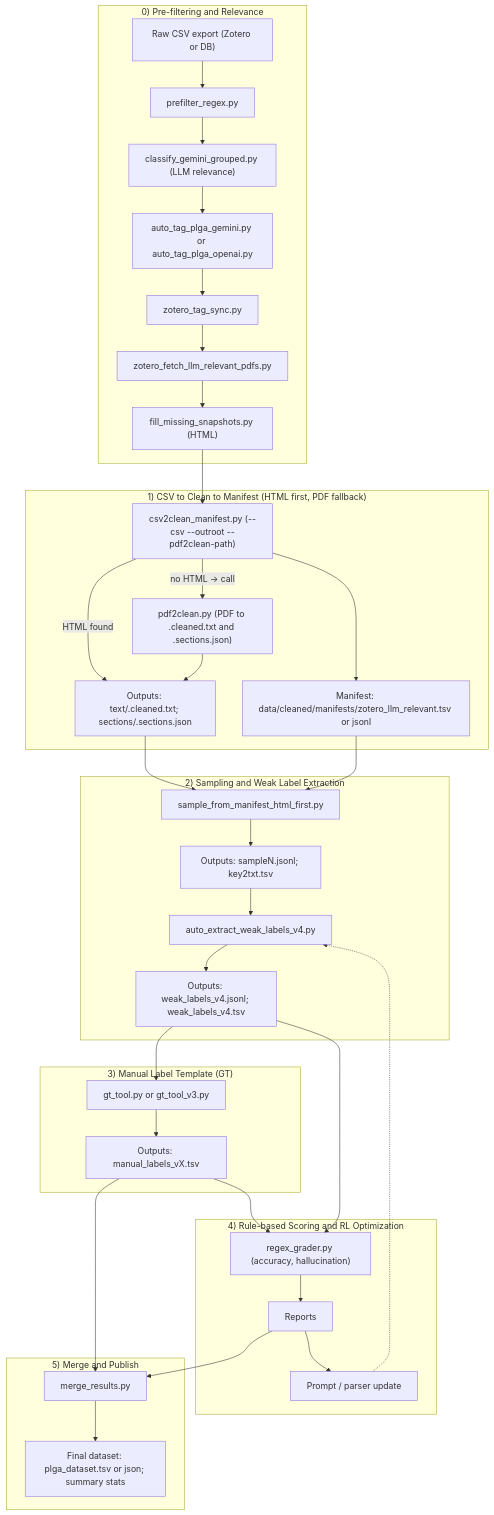
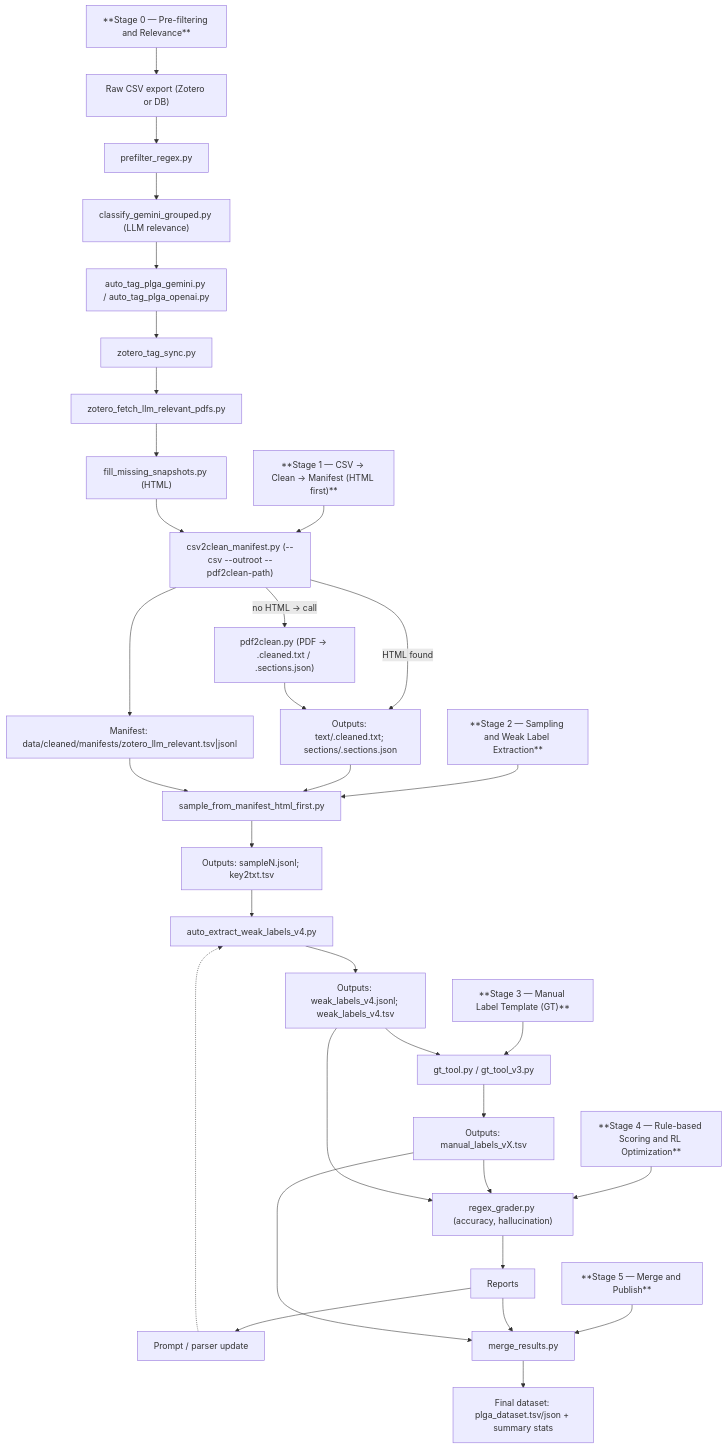
Before and after one commit to tiancongma/RL-Agent-Extraction-PLGANPs: the diagram in README.md, drawn with Mermaid.

````diff
--- a/README.md
+++ b/README.md
@@ -10,71 +10,55 @@
 ```mermaid
-
 flowchart TB
 
-subgraph L0["0) Pre-filtering and Relevance"]
-A1["Raw CSV export (Zotero or DB)"];
-A2["prefilter_regex.py"];
-A3["classify_gemini_grouped.py (LLM relevance)"];
-A4["auto_tag_plga_gemini.py or auto_tag_plga_openai.py"];
-A5["zotero_tag_sync.py"];
-A6["zotero_fetch_llm_relevant_pdfs.py"];
-A7["fill_missing_snapshots.py (HTML)"];
-A1 --> A2;
-A2 --> A3;
-A3 --> A4;
-A4 --> A5;
-A5 --> A6;
-A6 --> A7;
-end
+A0["**Stage 0 — Pre-filtering and Relevance**"]
+A1["Raw CSV export (Zotero or DB)"]
+A2["prefilter_regex.py"]
+A3["classify_gemini_grouped.py (LLM relevance)"]
+A4["auto_tag_plga_gemini.py / auto_tag_plga_openai.py"]
+A5["zotero_tag_sync.py"]
+A6["zotero_fetch_llm_relevant_pdfs.py"]
+A7["fill_missing_snapshots.py (HTML)"]
+A0 --> A1 --> A2 --> A3 --> A4 --> A5 --> A6 --> A7
 
-subgraph L1["1) CSV to Clean to Manifest (HTML first, PDF fallback)"]
-B1["csv2clean_manifest.py (--csv --outroot --pdf2clean-path)"];
-B2["pdf2clean.py (PDF to .cleaned.txt and .sections.json)"];
-B3["Outputs: text/<stem>.cleaned.txt; sections/<stem>.sections.json"];
-B4["Manifest: data/cleaned/manifests/zotero_llm_relevant.tsv or jsonl"];
-B1 -->|HTML found| B3;
-B1 -->|no HTML -> call| B2;
-B2 --> B3;
-B1 --> B4;
-end
+B0["**Stage 1 — CSV → Clean → Manifest (HTML first)**"]
+B1["csv2clean_manifest.py (--csv --outroot --pdf2clean-path)"]
+B2["pdf2clean.py (PDF → .cleaned.txt / .sections.json)"]
+B3["Outputs: text/<stem>.cleaned.txt; sections/<stem>.sections.json"]
+B4["Manifest: data/cleaned/manifests/zotero_llm_relevant.tsv|jsonl"]
+B0 --> B1 --> B4
+B1 -->|HTML found| B3
+B1 -->|no HTML → call| B2 --> B3
 
-subgraph L2["2) Sampling and Weak Label Extraction"]
-C1["sample_from_manifest_html_first.py"];
-C2["Outputs: sampleN.jsonl; key2txt.tsv"];
-C3["auto_extract_weak_labels_v4.py"];
-C4["Outputs: weak_labels_v4.jsonl; weak_labels_v4.tsv"];
-C1 --> C2;
-C2 --> C3;
-C3 --> C4;
-end
+C0["**Stage 2 — Sampling and Weak Label Extraction**"]
+C1["sample_from_manifest_html_first.py"]
+C2["Outputs: sampleN.jsonl; key2txt.tsv"]
+C3["auto_extract_weak_labels_v4.py"]
+C4["Outputs: weak_labels_v4.jsonl; weak_labels_v4.tsv"]
+C0 --> C1 --> C2 --> C3 --> C4
 
-subgraph L3["3) Manual Label Template (GT)"]
-D1["gt_tool.py or gt_tool_v3.py"];
-D2["Outputs: manual_labels_vX.tsv"];
-D1 --> D2;
-end
+D0["**Stage 3 — Manual Label Template (GT)**"]
+D1["gt_tool.py / gt_tool_v3.py"]
+D2["Outputs: manual_labels_vX.tsv"]
+D0 --> D1 --> D2
 
-subgraph L4["4) Rule-based Scoring and RL Optimization"]
-E1["regex_grader.py (accuracy, hallucination)"];
-E2["Reports"];
-E3["Prompt / parser update"];
-E1 --> E2;
-E2 --> E3;
-E3 -.-> C3;
-end
+E0["**Stage 4 — Rule-based Scoring and RL Optimization**"]
+E1["regex_grader.py (accuracy, hallucination)"]
+E2["Reports"]
+E3["Prompt / parser update"]
+E0 --> E1 --> E2 --> E3
+E3 -.-> C3
 
-subgraph L5["5) Merge and Publish"]
-F1["merge_results.py"];
-F2["Final dataset: plga_dataset.tsv or json; summary stats"];
-F1 --> F2;
-end
+F0["**Stage 5 — Merge and Publish**"]
+F1["merge_results.py"]
+F2["Final dataset: plga_dataset.tsv/json + summary stats"]
+F0 --> F1 --> F2
 
-A7 --> B1;
-B3 --> C1;
-B4 --> C1;
-C4 --> D1;
-D2 --> E1;
-C4 --> E1;
-E2 --> F1;
-D2 --> F1;
+A7 --> B1
+B3 --> C1
+B4 --> C1
+C4 --> D1
+D2 --> E1
+C4 --> E1
+E2 --> F1
+D2 --> F1
 ```
````
